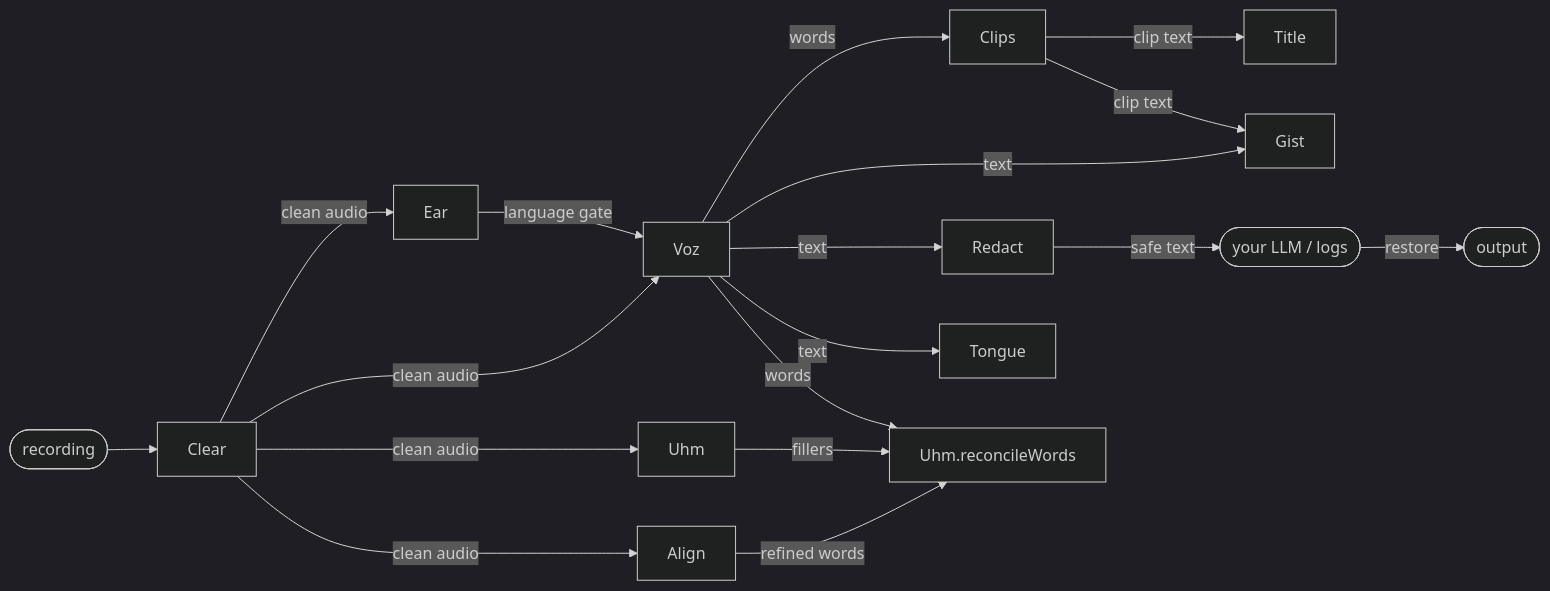
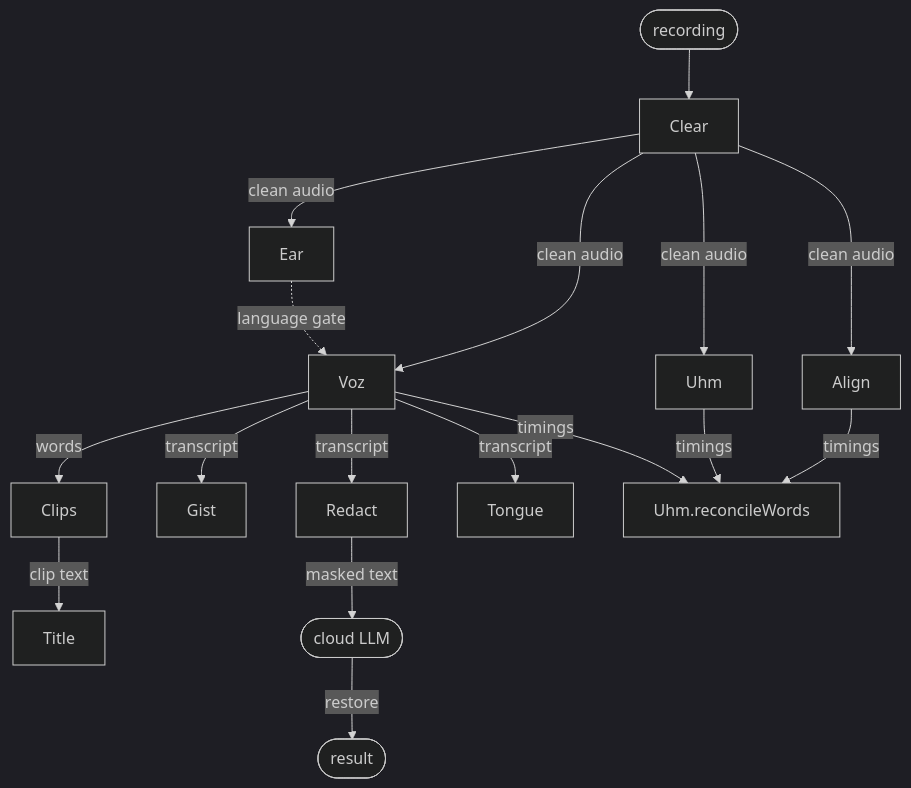
Before and after one commit to react-native-feel/desert-ant-local-ai-sdks: the diagram in README.md, drawn with Mermaid (dark theme). The commit also changed other lines of this file, not shown here.

Commit message:
README: top-down composition diagram, separate footnotes

````diff
--- a/README.md
+++ b/README.md
@@ -48,20 +49,12 @@
 ```mermaid
-flowchart LR
+flowchart TD
   rec([recording]) --> Clear
-  Clear -->|clean audio| Ear
-  Clear -->|clean audio| Voz
-  Clear -->|clean audio| Uhm
-  Clear -->|clean audio| Align
-  Ear -->|language gate| Voz
+  Clear -->|clean audio| Ear & Voz & Uhm & Align
+  Ear -.->|language gate| Voz
   Voz -->|words| Clips
-  Voz -->|text| Gist
-  Voz -->|text| Redact
-  Voz -->|text| Tongue
-  Uhm -->|fillers| cut[Uhm.reconcileWords]
-  Voz -->|words| cut
-  Align -->|refined words| cut
+  Voz -->|transcript| Gist & Redact & Tongue
+  Uhm & Voz & Align -->|timings| cut[Uhm.reconcileWords]
   Clips -->|clip text| Title
-  Clips -->|clip text| Gist
-  Redact -->|safe text| llm([your LLM / logs])
-  llm -->|restore| out([output])
+  Redact -->|masked text| llm([cloud LLM])
+  llm -->|restore| out([result])
 ```
````
